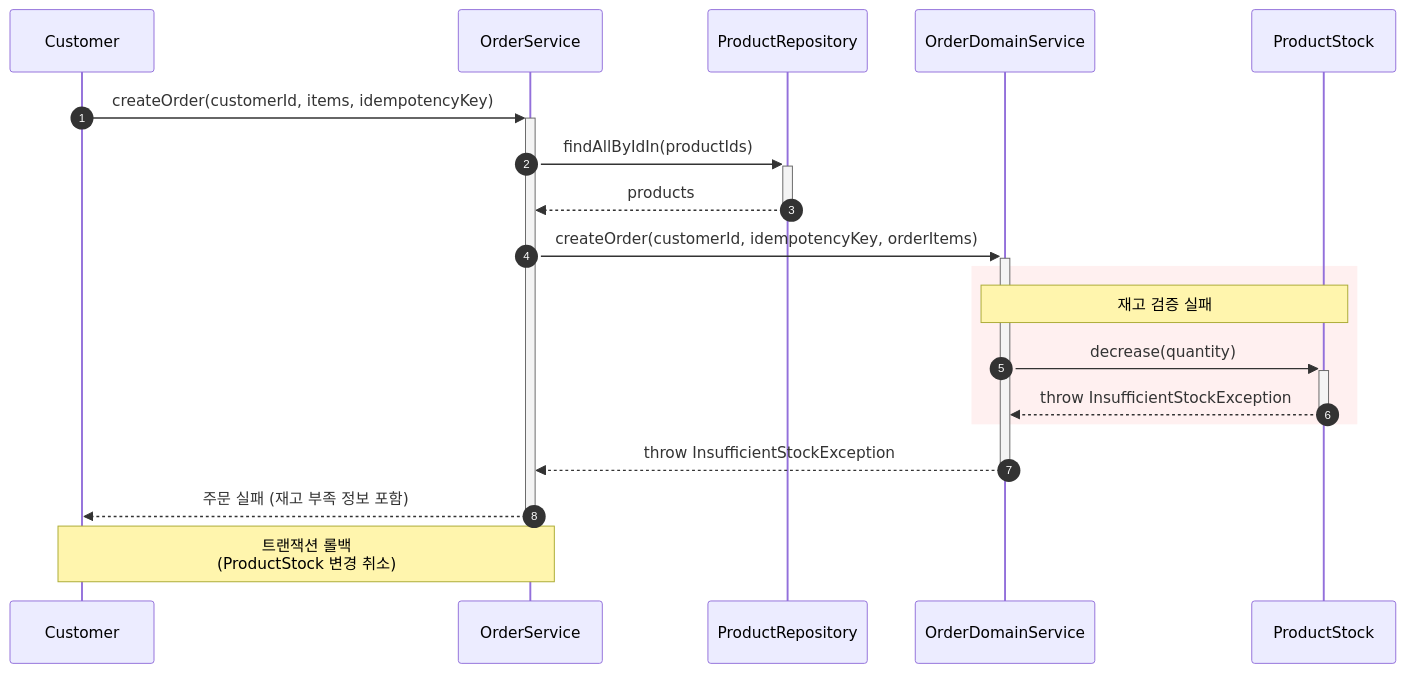
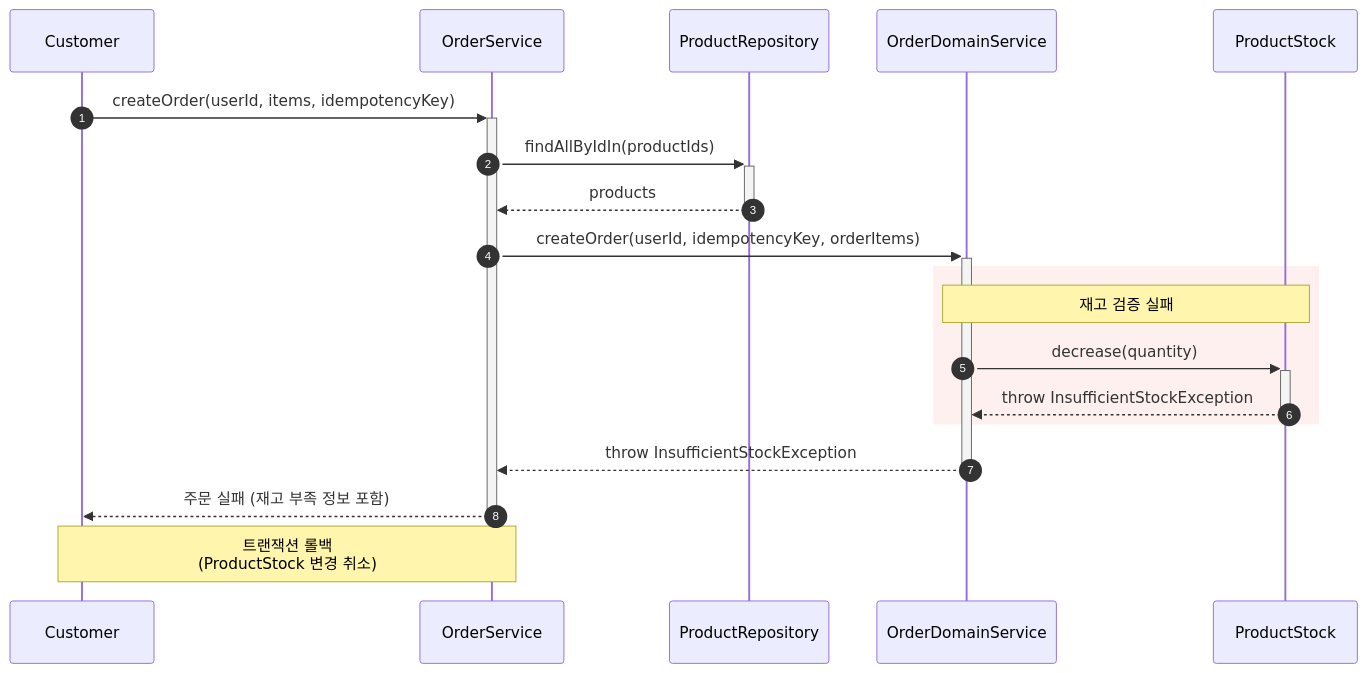
The second of 5 diagrams in docs/design/03-sequence-diagram.md (Loopers-dev-lab/loop-pack-be-l2-vol3-kotlin), drawn with Mermaid before and after one commit. The commit also changed other lines of this file and 4 other files, not shown here.

````diff
--- a/docs/design/03-sequence-diagram.md
+++ b/docs/design/03-sequence-diagram.md
@@ -137,23 +137,23 @@
 ```mermaid
 sequenceDiagram
     autonumber
     participant C as Customer
     participant OS as OrderService
     participant PR as ProductRepository
     participant ODS as OrderDomainService
     participant PS as ProductStock
-    C ->>+ OS: createOrder(customerId, items, idempotencyKey)
+    C ->>+ OS: createOrder(userId, items, idempotencyKey)
     OS ->>+ PR: findAllByIdIn(productIds)
     PR -->>- OS: products
-    OS ->>+ ODS: createOrder(customerId, idempotencyKey, orderItems)
+    OS ->>+ ODS: createOrder(userId, idempotencyKey, orderItems)
 
     rect rgb(255, 240, 240)
         Note over ODS, PS: 재고 검증 실패
         ODS ->>+ PS: decrease(quantity)
         PS -->>- ODS: throw InsufficientStockException
     end
 
     ODS -->>- OS: throw InsufficientStockException
     OS -->>- C: 주문 실패 (재고 부족 정보 포함)
     Note over C, OS: 트랜잭션 롤백<br/>(ProductStock 변경 취소)
 ```
````
